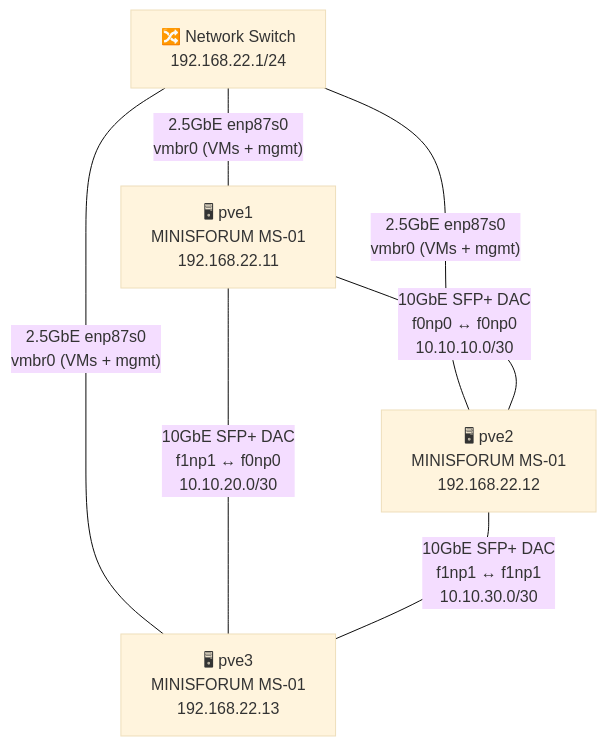
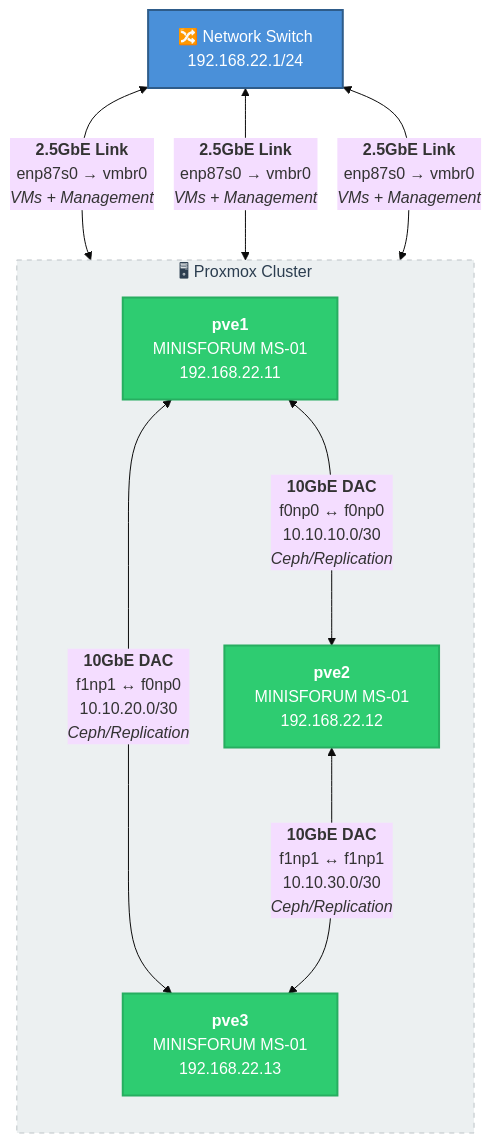
One commit to akann/k8s-apps changed the diagram in proxmox-cluster-setup.md. Above: the diagram before and after it, drawn with Mermaid (base theme). The commit also changed other lines of this file, not shown here.

````diff
--- a/proxmox-cluster-setup.md
+++ b/proxmox-cluster-setup.md
@@ -86,16 +93,33 @@
 ```mermaid
 graph TB
-    SW["🔀 Network Switch\n192.168.22.1/24"]
+    %% External Network Switch
+    SW["🔀 Network Switch<br/>192.168.22.1/24"]
 
-    pve1["🖥 pve1\nMINISFORUM MS-01\n192.168.22.11"]
-    pve2["🖥 pve2\nMINISFORUM MS-01\n192.168.22.12"]
-    pve3["🖥 pve3\nMINISFORUM MS-01\n192.168.22.13"]
+    %% Proxmox Hosts
+    subgraph Cluster["🖥 Proxmox Cluster"]
+        direction TB
 
-    SW -- "2.5GbE enp87s0\nvmbr0 (VMs + mgmt)" --- pve1
-    SW -- "2.5GbE enp87s0\nvmbr0 (VMs + mgmt)" --- pve2
-    SW -- "2.5GbE enp87s0\nvmbr0 (VMs + mgmt)" --- pve3
+        pve1["<b>pve1</b><br/>MINISFORUM MS-01<br/>192.168.22.11"]
+        pve2["<b>pve2</b><br/>MINISFORUM MS-01<br/>192.168.22.12"]
+        pve3["<b>pve3</b><br/>MINISFORUM MS-01<br/>192.168.22.13"]
+    end
 
-    pve1 -- "10GbE SFP+ DAC\nf0np0 ↔ f0np0\n10.10.10.0/30" --- pve2
-    pve1 -- "10GbE SFP+ DAC\nf1np1 ↔ f0np0\n10.10.20.0/30" --- pve3
-    pve2 -- "10GbE SFP+ DAC\nf1np1 ↔ f1np1\n10.10.30.0/30" --- pve3
+    %% Management & VM Network (2.5GbE)
+    SW <--->|"<b>2.5GbE Link</b><br/>enp87s0 → vmbr0<br/><i>VMs + Management</i>"| pve1
+    SW <--->|"<b>2.5GbE Link</b><br/>enp87s0 → vmbr0<br/><i>VMs + Management</i>"| pve2
+    SW <--->|"<b>2.5GbE Link</b><br/>enp87s0 → vmbr0<br/><i>VMs + Management</i>"| pve3
+
+    %% Ceph/Replication Network (10GbE Mesh)
+    pve1 <--->|"<b>10GbE DAC</b><br/>f0np0 ↔ f0np0<br/>10.10.10.0/30<br/><i>Ceph/Replication</i>"| pve2
+    pve1 <--->|"<b>10GbE DAC</b><br/>f1np1 ↔ f0np0<br/>10.10.20.0/30<br/><i>Ceph/Replication</i>"| pve3
+    pve2 <--->|"<b>10GbE DAC</b><br/>f1np1 ↔ f1np1<br/>10.10.30.0/30<br/><i>Ceph/Replication</i>"| pve3
+
+    %% Styling
+    classDef switch fill:#4A90D9,stroke:#2E5C8A,color:#fff,stroke-width:2px
+    classDef host fill:#2ECC71,stroke:#27AE60,color:#fff,stroke-width:2px
+    classDef cluster fill:#ECF0F1,stroke:#BDC3C7,color:#2C3E50,stroke-width:1px,stroke-dasharray: 5 5
+
+    class SW switch
+    class pve1,pve2,pve3 host
+    class Cluster cluster
 ```
````
